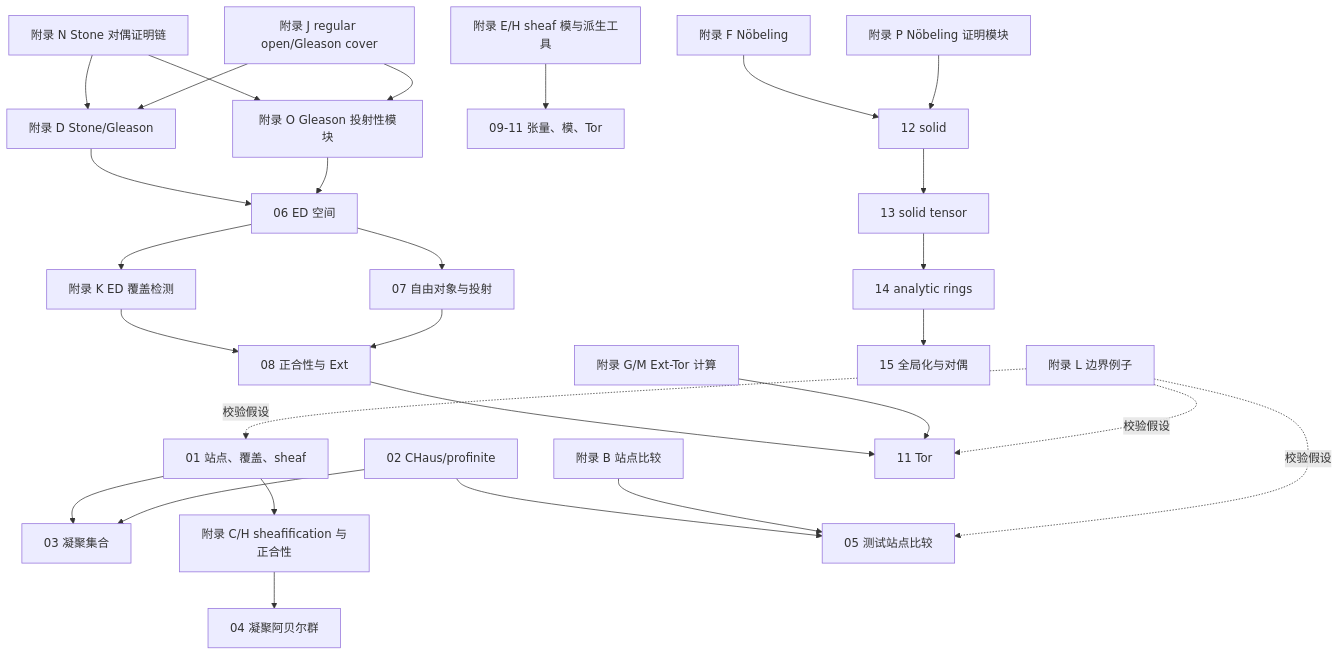
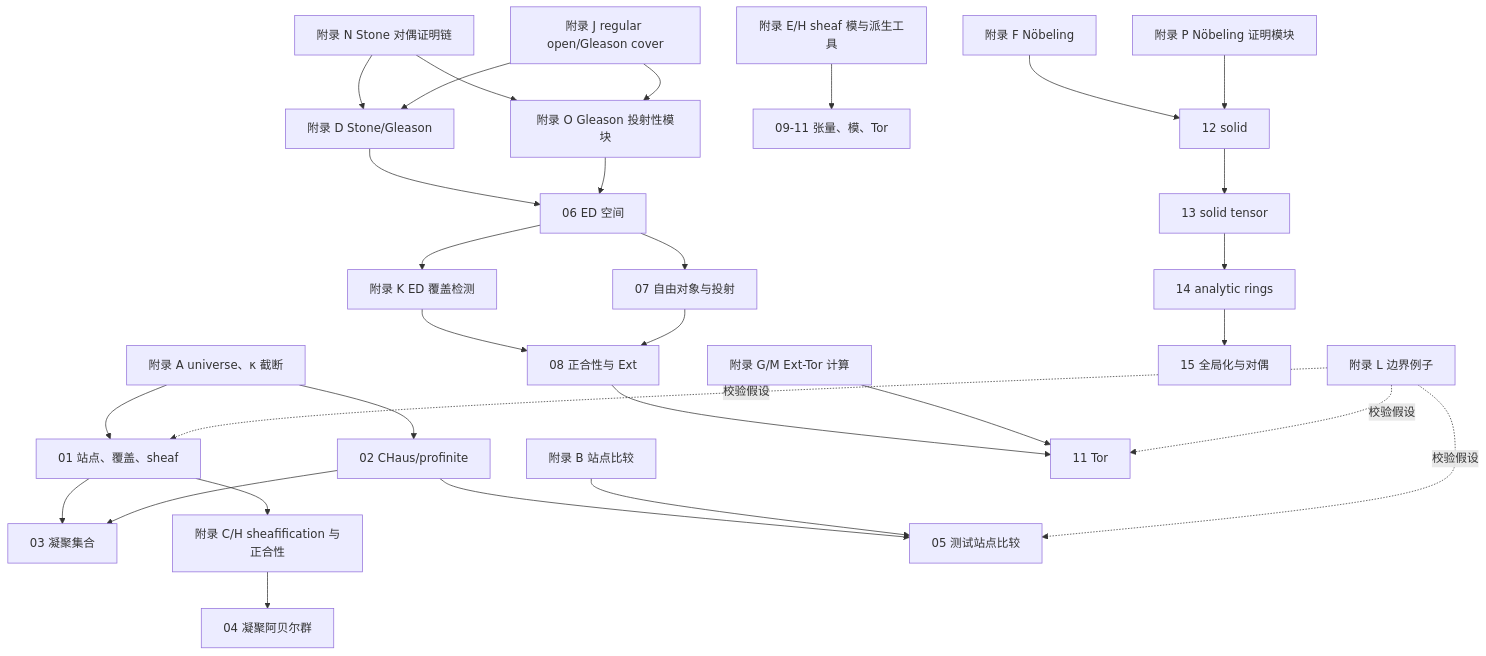
The second of 2 diagrams in books/condensed-mathematics/DEPENDENCY_GRAPH.md (glenzli/ai-summary-book), drawn with Mermaid before and after one commit. The commit also changed other lines of this file and 459 other files, not shown here.

````diff
--- a/books/condensed-mathematics/DEPENDENCY_GRAPH.md
+++ b/books/condensed-mathematics/DEPENDENCY_GRAPH.md
@@ -35,30 +38,32 @@
 ```mermaid
 flowchart TD
+  V1_A["附录 A universe、κ 截断"] --> V1_1
+  V1_A --> V1_2
   V1_1["01 站点、覆盖、sheaf"] --> V1_3["03 凝聚集合"]
   V1_2["02 CHaus/profinite"] --> V1_3
   V1_1 --> V1_C["附录 C/H sheafification 与正合性"]
   V1_C --> V1_4["04 凝聚阿贝尔群"]
   V1_2 --> V1_5["05 测试站点比较"]
   V1_B["附录 B 站点比较"] --> V1_5
   V1_D["附录 D Stone/Gleason"] --> V1_6["06 ED 空间"]
   V1_N["附录 N Stone 对偶证明链"] --> V1_D
   V1_J["附录 J regular open/Gleason cover"] --> V1_D
   V1_O["附录 O Gleason 投射性模块"] --> V1_6
   V1_N --> V1_O
   V1_J --> V1_O
   V1_6 --> V1_7["07 自由对象与投射"]
   V1_6 --> V1_K["附录 K ED 覆盖检测"]
   V1_K --> V1_8
   V1_7 --> V1_8["08 正合性与 Ext"]
   V1_E["附录 E/H sheaf 模与派生工具"] --> V1_9["09-11 张量、模、Tor"]
   V1_8 --> V1_11["11 Tor"]
   V1_G["附录 G/M Ext-Tor 计算"] --> V1_11
   V1_F["附录 F Nöbeling"] --> V1_12["12 solid"]
   V1_P["附录 P Nöbeling 证明模块"] --> V1_12
   V1_12 --> V1_13["13 solid tensor"]
   V1_13 --> V1_14["14 analytic rings"]
   V1_14 --> V1_15["15 全局化与对偶"]
   V1_L["附录 L 边界例子"] -.校验假设.-> V1_1
   V1_L -.校验假设.-> V1_5
   V1_L -.校验假设.-> V1_11
 ```
````
